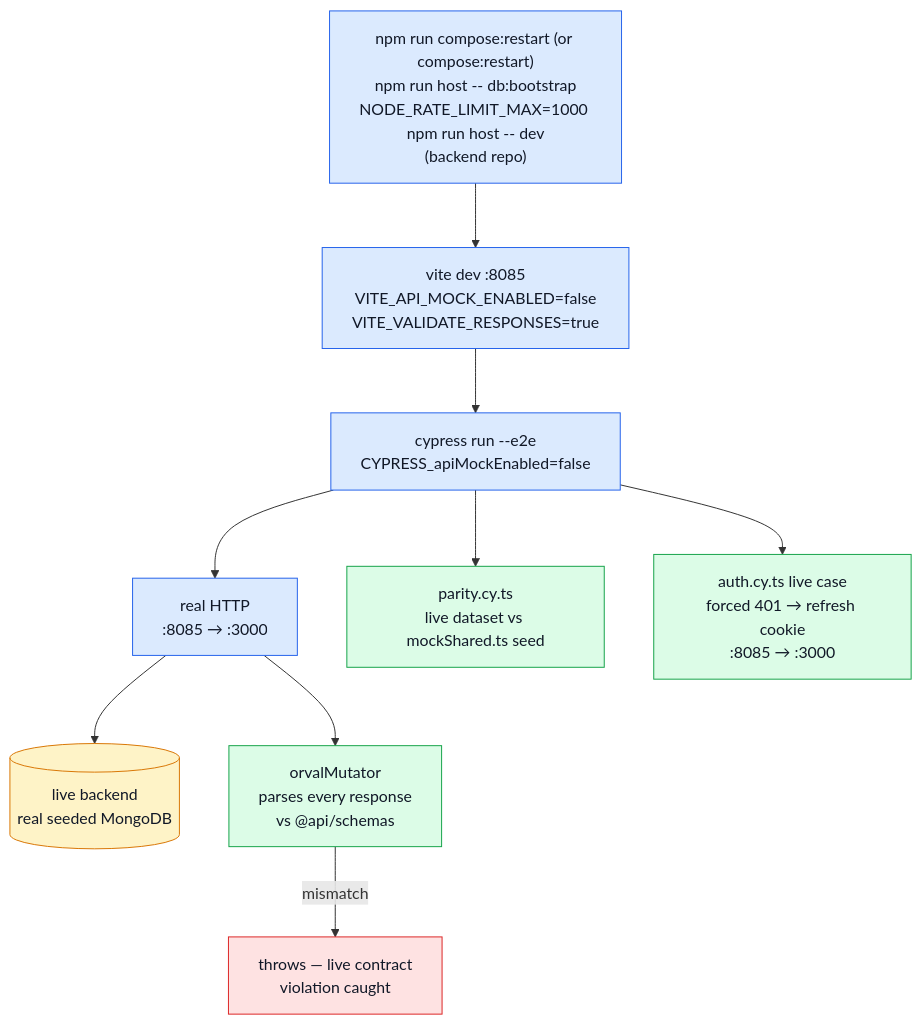
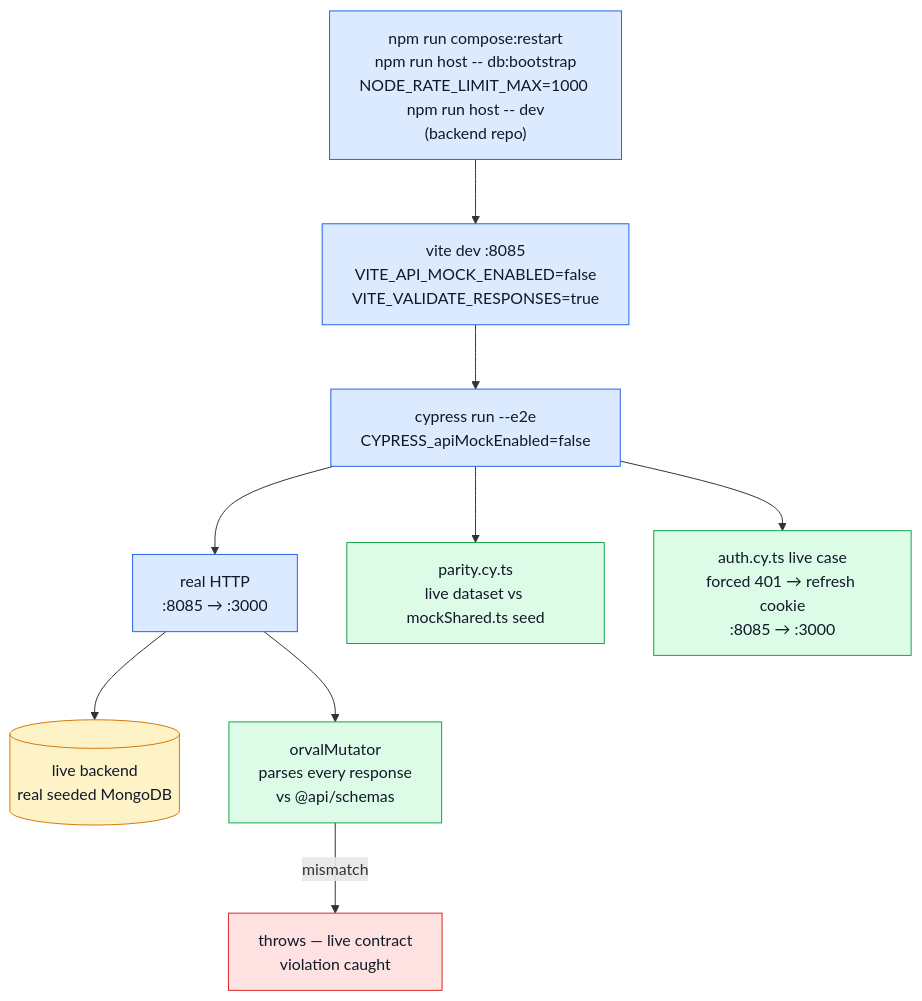
Before and after one commit to Guebbit/boilerplate-vue-frontend: the diagram in docs/tools/live-e2e.md, drawn with Mermaid. The commit also changed other lines of this file and 4 other files, not shown here.

````diff
--- a/docs/tools/live-e2e.md
+++ b/docs/tools/live-e2e.md
@@ -27,21 +27,21 @@
 ```mermaid
 %%{init: {'flowchart': {'nodeSpacing': 50, 'rankSpacing': 65}}}%%
 flowchart TB
-    Boot["npm run compose:restart (or compose:restart)\nnpm run host -- db:bootstrap\nNODE_RATE_LIMIT_MAX=1000 npm run host -- dev\n(backend repo)"] --> Vite["vite dev :8085\nVITE_API_MOCK_ENABLED=false\nVITE_VALIDATE_RESPONSES=true"]
+    Boot["npm run compose:restart\nnpm run host -- db:bootstrap\nNODE_RATE_LIMIT_MAX=1000 npm run host -- dev\n(backend repo)"] --> Vite["vite dev :8085\nVITE_API_MOCK_ENABLED=false\nVITE_VALIDATE_RESPONSES=true"]
     Vite --> Cypress["cypress run --e2e\nCYPRESS_apiMockEnabled=false"]
     Cypress --> Real["real HTTP\n:8085 → :3000"]
     Real --> Backend[("live backend\nreal seeded MongoDB")]
     Real --> Mutator["orvalMutator\nparses every response\nvs @api/schemas"]
     Mutator -->|mismatch| Fail["throws — live contract\nviolation caught"]
     Cypress --> Parity["parity.cy.ts\nlive dataset vs mockShared.ts seed"]
     Cypress --> Refresh["auth.cy.ts live case\nforced 401 → refresh cookie\n:8085 → :3000"]
 
     classDef step fill:#dbeafe,stroke:#2563eb,color:#111827;
     classDef check fill:#dcfce7,stroke:#16a34a,color:#111827;
     classDef fail fill:#fee2e2,stroke:#dc2626,color:#111827;
     classDef data fill:#fef3c7,stroke:#d97706,color:#111827;
     class Boot,Vite,Cypress,Real step;
     class Mutator,Parity,Refresh check;
     class Fail fail;
     class Backend data;
 ```
````
